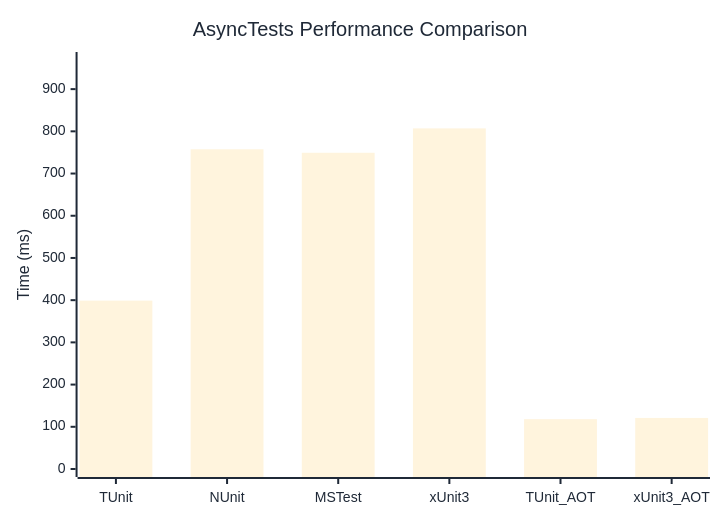
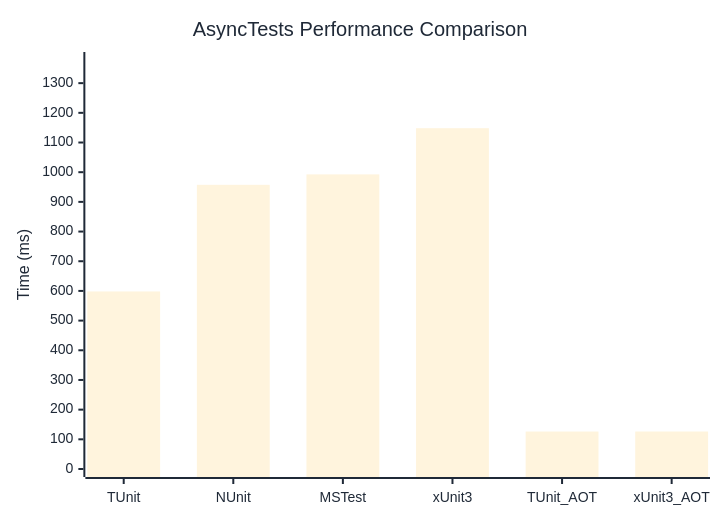
The diagram in docs/docs/benchmarks/engine/AsyncTests.md (thomhurst/TUnit), drawn with Mermaid before and after one commit. The commit also changed other lines of this file and 18 other files, not shown here.

````diff
--- a/docs/docs/benchmarks/engine/AsyncTests.md
+++ b/docs/docs/benchmarks/engine/AsyncTests.md
@@ -30,37 +30,37 @@
 ```mermaid
 %%{init: {
   'theme':'base',
   'themeVariables': {
     'primaryColor': '#2563eb',
     'primaryTextColor': '#1f2937',
     'primaryBorderColor': '#1e40af',
     'lineColor': '#6b7280',
     'secondaryColor': '#7c3aed',
     'tertiaryColor': '#dc2626',
     'background': '#ffffff',
     'mainBkg': '#2563eb',
     'secondBkg': '#7c3aed',
     'tertiaryBkg': '#dc2626',
     'clusterBkg': '#f3f4f6',
     'edgeLabelBackground': '#ffffff',
     'tertiaryTextColor': '#1f2937',
     'pie1': '#2563eb',
     'pie2': '#7c3aed',
     'pie3': '#dc2626',
     'pie4': '#f59e0b',
     'pie5': '#10b981',
     'pie6': '#06b6d4',
     'pie7': '#ec4899',
     'pie8': '#6366f1',
     'pie9': '#84cc16',
     'pie10': '#f97316',
     'pie11': '#14b8a6',
     'pie12': '#a855f7'
   }
 }}%%
 xychart-beta
   title "AsyncTests Performance Comparison"
   x-axis ["TUnit", "NUnit", "MSTest", "xUnit3", "TUnit_AOT", "xUnit3_AOT"]
-  y-axis "Time (ms)" 0 --> 969
-  bar [398.9, 757.5, 749.2, 807, 118.1, 121]
+  y-axis "Time (ms)" 0 --> 1378
+  bar [598.2, 957.5, 992.6, 1148.3, 126.2, 126.3]
 ```
````
